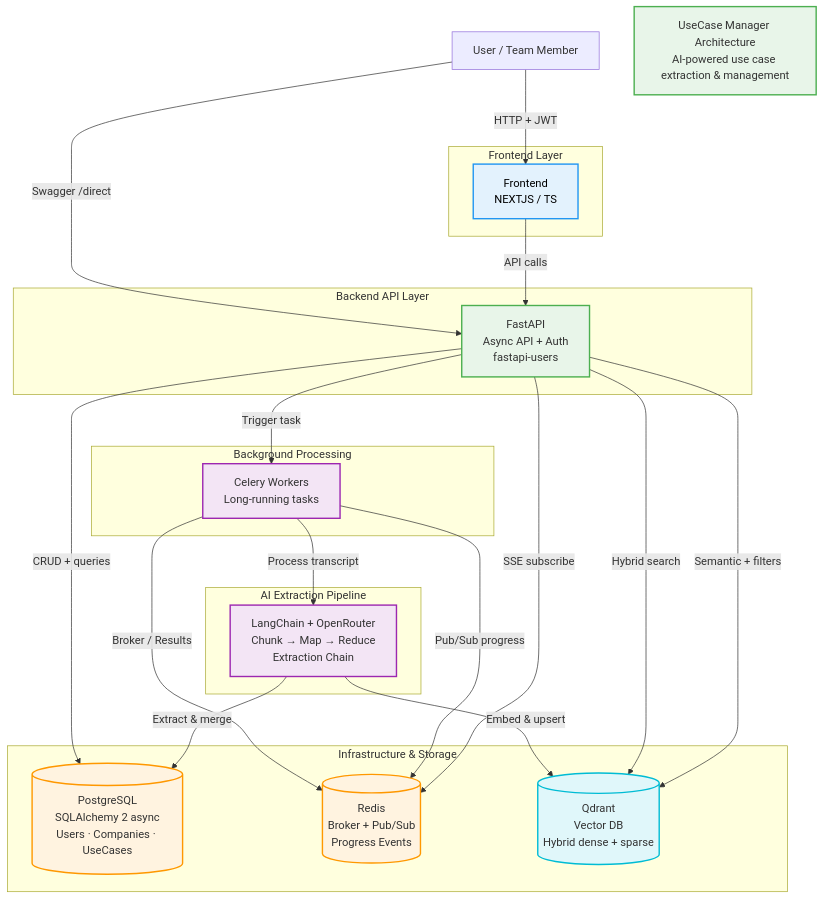
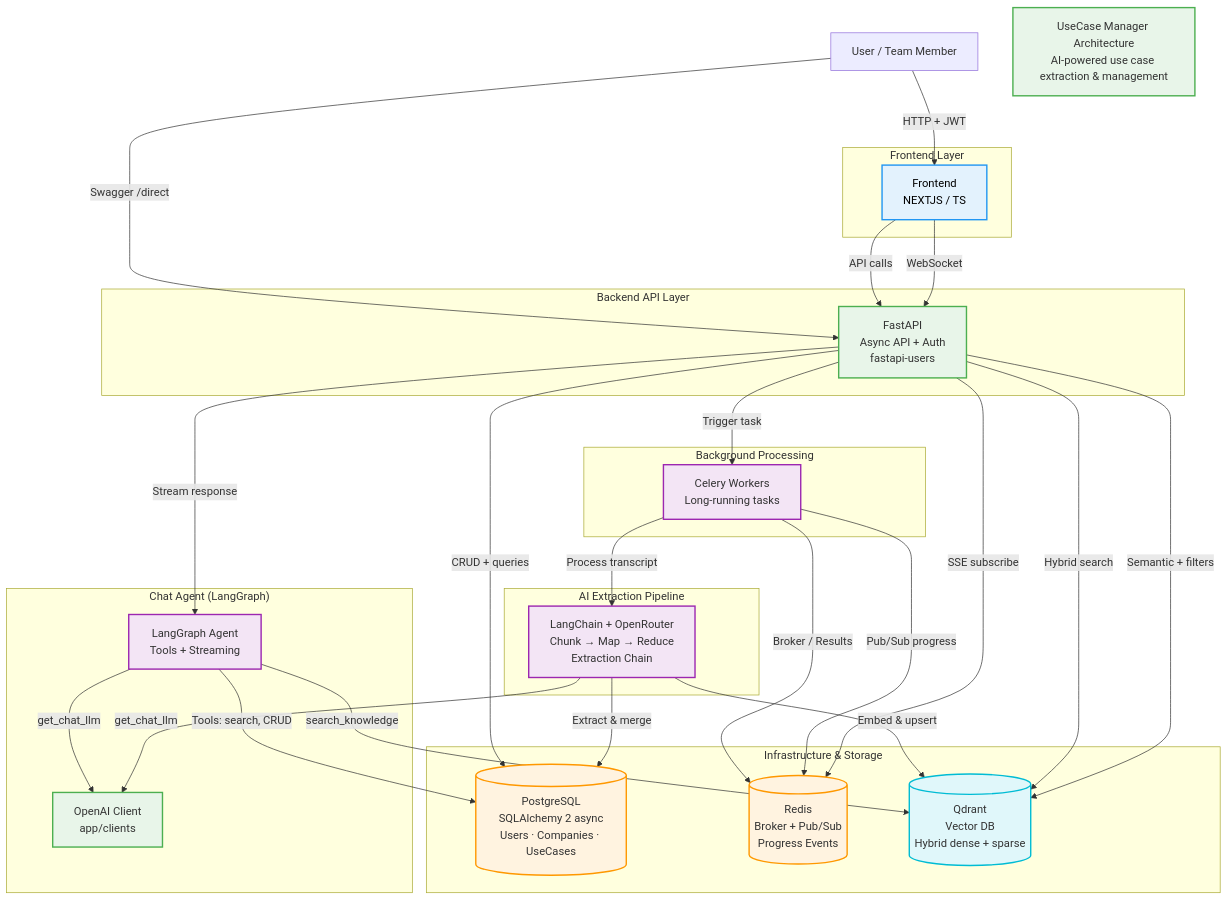
Before and after one commit to LatVAlY/use-case-manager: the first of 2 diagrams in README.md, drawn with Mermaid. The commit also changed other lines of this file and 49 other files, not shown here.

````diff
--- a/README.md
+++ b/README.md
@@ -135,62 +138,74 @@
 ```mermaid
 flowchart TD
     %% Colors & Styles
     classDef frontend fill:#e3f2fd,stroke:#2196f3,stroke-width:2px,color:#000
     classDef api fill:#e8f5e9,stroke:#4caf50,stroke-width:2px
     classDef infra fill:#fff3e0,stroke:#ff9800,stroke-width:2px
     classDef async fill:#f3e5f5,stroke:#9c27b0,stroke-width:2px
     classDef vector fill:#e0f7fa,stroke:#00bcd4,stroke-width:2px
 
     %% Users & Entry Points
     User[User / Team Member] -->|HTTP + JWT| Frontend
     User -->|Swagger /direct| FastAPI
 
     subgraph "Frontend Layer" 
         Frontend[Frontend<br>NEXTJS / TS]:::frontend
     end
 
     %% Core API
     subgraph "Backend API Layer" 
         FastAPI[FastAPI<br>Async API + Auth<br>fastapi-users]:::api
     end
 
     %% Infrastructure / Datastores
     subgraph "Infrastructure & Storage" 
         Postgres[(PostgreSQL<br>SQLAlchemy 2 async<br>Users · Companies · UseCases)]:::infra
         Redis[(Redis<br>Broker + Pub/Sub<br>Progress Events)]:::infra
         Qdrant[(Qdrant<br>Vector DB<br>Hybrid dense + sparse)]:::vector
     end
 
     %% Async Processing
     subgraph "Background Processing" 
         Celery[Celery Workers<br>Long-running tasks]:::async
     end
 
     %% AI Chain
     subgraph "AI Extraction Pipeline" 
         LangChain[LangChain + OpenRouter<br>Chunk → Map → Reduce<br>Extraction Chain]:::async
     end
 
+    %% Chat Agent
+    subgraph "Chat Agent (LangGraph)" 
+        AgentGraph[LangGraph Agent<br>Tools + Streaming]:::async
+        OpenAIClient[OpenAI Client<br>app/clients]:::api
+    end
+
     %% Connections & Flows
     Frontend -->|API calls| FastAPI
     FastAPI -->|CRUD + queries| Postgres
     FastAPI -->|Trigger task| Celery
     Celery -->|Broker / Results| Redis
     Celery -->|Pub/Sub progress| Redis
     FastAPI -->|SSE subscribe| Redis
     Celery -->|Process transcript| LangChain
     LangChain -->|Extract & merge| Postgres
     LangChain -->|Embed & upsert| Qdrant
     FastAPI -->|Hybrid search| Qdrant
     FastAPI -->|Semantic + filters| Qdrant
+    Frontend -->|WebSocket| FastAPI
+    FastAPI -->|Stream response| AgentGraph
+    AgentGraph -->|get_chat_llm| OpenAIClient
+    AgentGraph -->|Tools: search, CRUD| Postgres
+    AgentGraph -->|search_knowledge| Qdrant
+    LangChain -->|get_chat_llm| OpenAIClient
 
     %% Styling groups
     class Frontend frontend
     class FastAPI api
     class Postgres,Redis infra
     class Qdrant vector
     class Celery,LangChain async
 
     %% Legend / Title
     Title[UseCase Manager Architecture<br>AI-powered use case extraction & management]:::api
 ```
````
